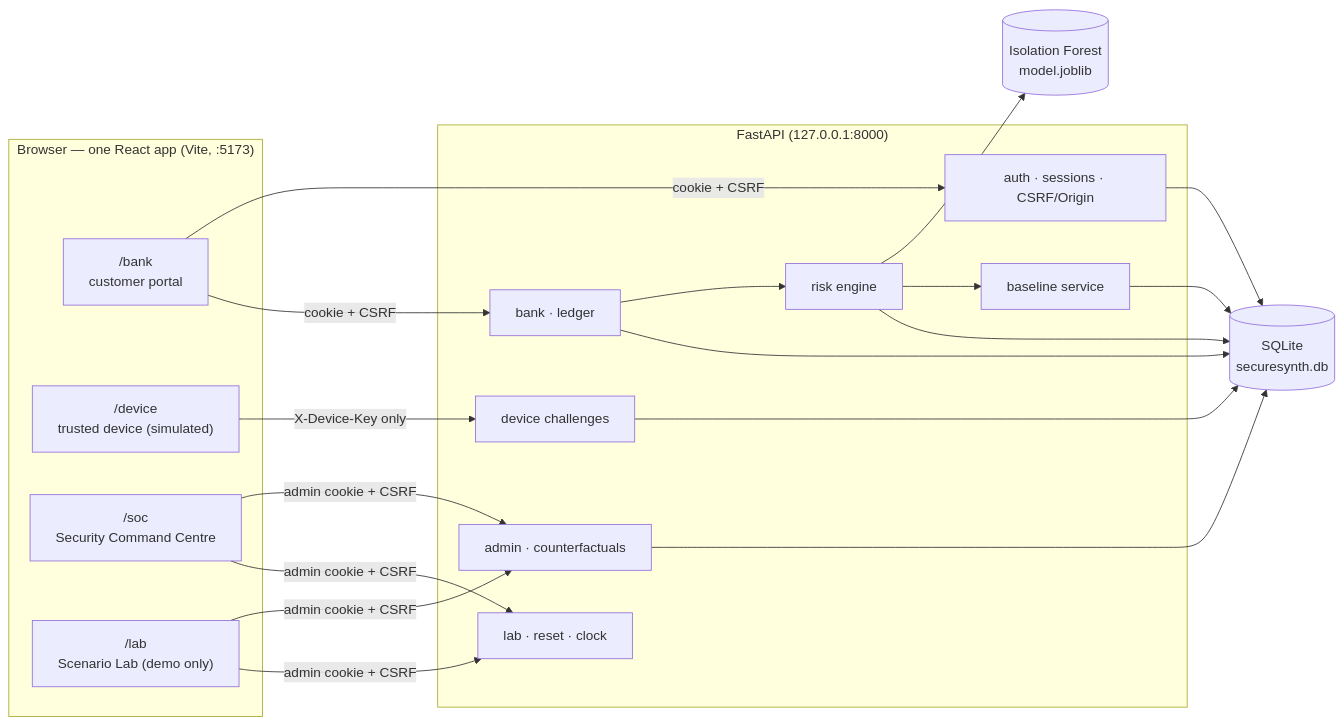
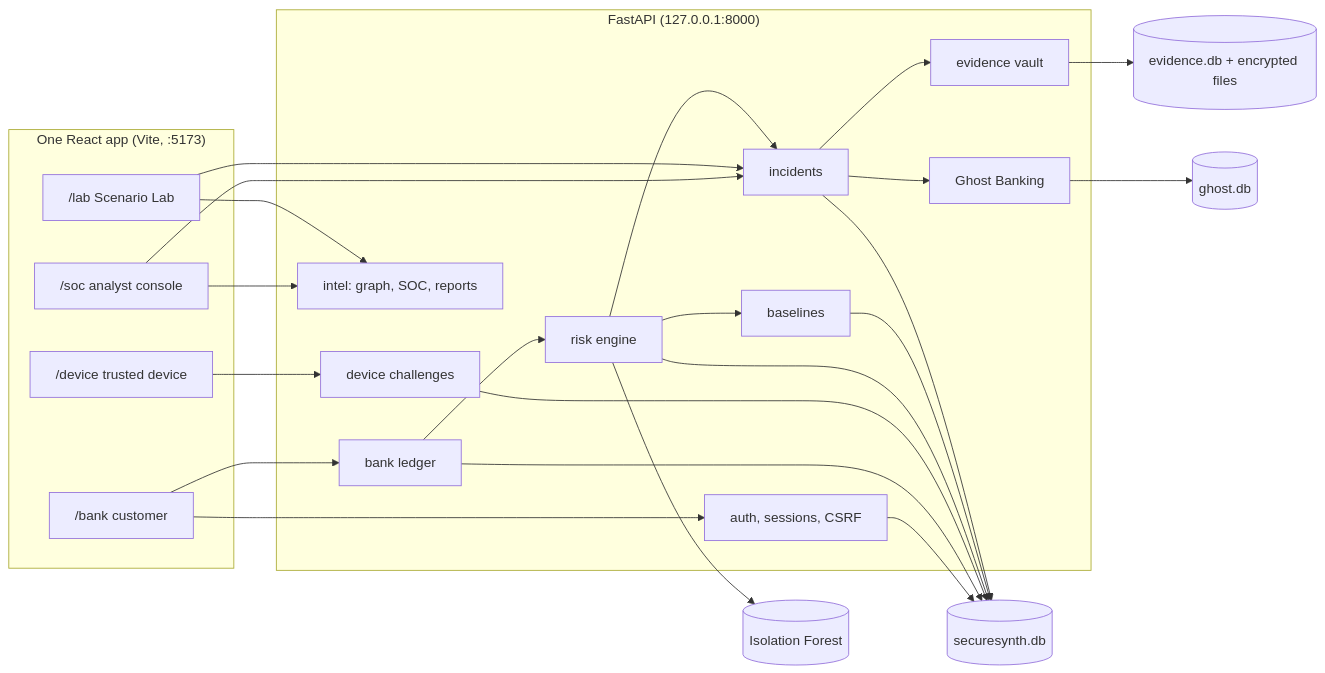
One commit to mdhussain398/SecureSynth changed the diagram in README.md. Above: the diagram before and after it, drawn with Mermaid. The commit also changed other lines of this file and 89 other files, not shown here.

````diff
--- a/README.md
+++ b/README.md
@@ -72,26 +70,33 @@
 ```mermaid
 flowchart LR
-  subgraph Browser["Browser — one React app (Vite, :5173)"]
-    B["/bank<br/>customer portal"]
-    D["/device<br/>trusted device (simulated)"]
-    S["/soc<br/>Security Command Centre"]
-    L["/lab<br/>Scenario Lab (demo only)"]
+  subgraph Browser["One React app (Vite, :5173)"]
+    B["/bank customer"]
+    D["/device trusted device"]
+    S["/soc analyst console"]
+    L["/lab Scenario Lab"]
   end
   subgraph API["FastAPI (127.0.0.1:8000)"]
-    AU[auth · sessions · CSRF/Origin]
-    BK[bank · ledger]
+    AU[auth, sessions, CSRF]
+    BK[bank ledger]
     DV[device challenges]
     RE[risk engine]
-    BL[baseline service]
-    AD[admin · counterfactuals]
-    LB[lab · reset · clock]
+    BL[baselines]
+    INC[incidents]
+    EV[evidence vault]
+    IN[intel: graph, SOC, reports]
+    GH[Ghost Banking]
   end
-  M[(Isolation Forest<br/>model.joblib)]
-  DB[(SQLite<br/>securesynth.db)]
-  B -- cookie + CSRF --> AU & BK
-  D -- X-Device-Key only --> DV
-  S & L -- admin cookie + CSRF --> AD & LB
+  M[(Isolation Forest)]
+  DB[(securesynth.db)]
+  GDB[(ghost.db)]
+  EDB[(evidence.db + encrypted files)]
+  B --> AU & BK
+  D --> DV
+  S & L --> INC & IN
   BK --> RE --> M
   RE --> BL
-  AU & BK & DV & RE & BL & AD --> DB
+  RE --> INC --> EV
+  INC --> GH --> GDB
+  EV --> EDB
+  AU & BK & DV & RE & BL & INC --> DB
 ```
````
